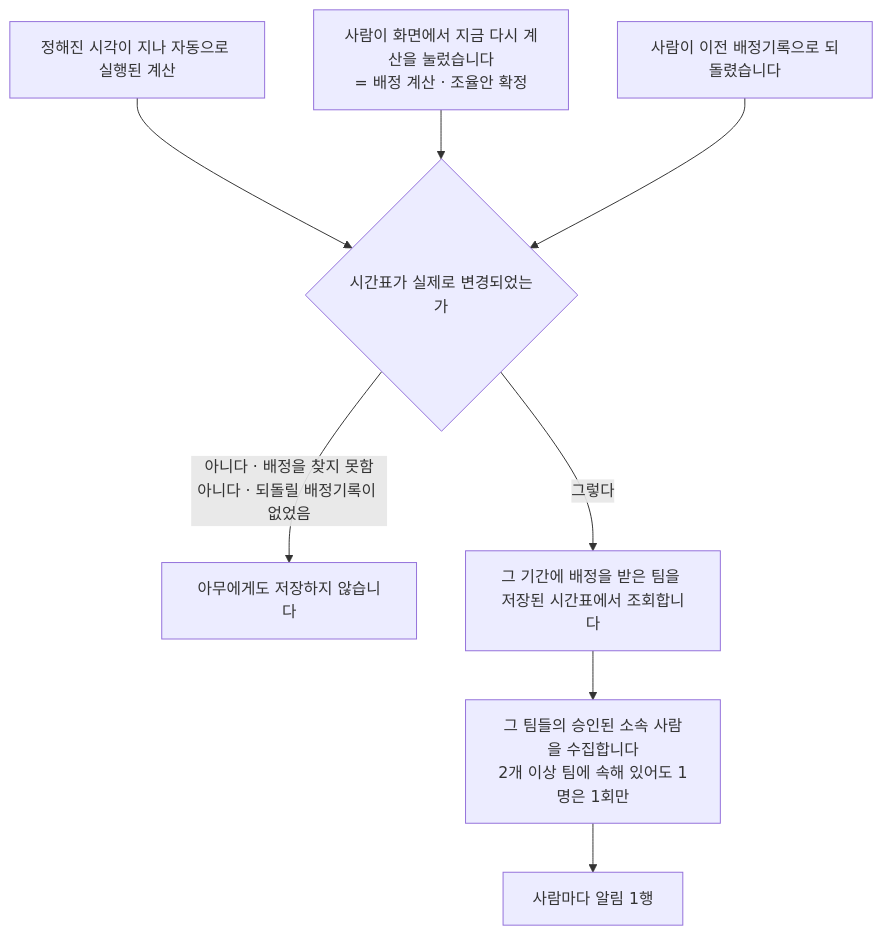
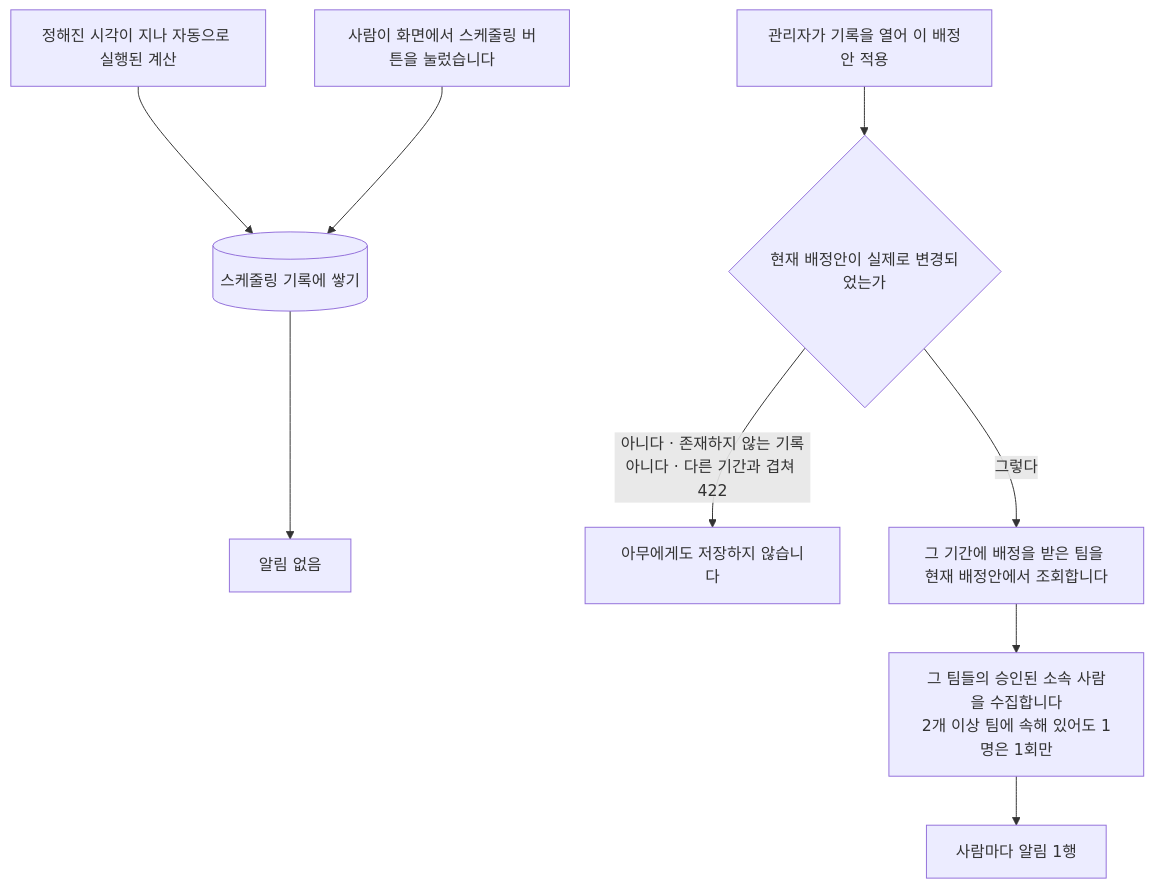
Before and after one commit to minkong-dev/Banblit: the third of 3 diagrams in .cluedoc/auto-assignment/auto-assignment.md, drawn with Mermaid. The commit also changed other lines of this file and 40 other files, not shown here.

````diff
--- a/.cluedoc/auto-assignment/auto-assignment.md
+++ b/.cluedoc/auto-assignment/auto-assignment.md
@@ -245,11 +258,11 @@
 ```mermaid
 flowchart TD
-    A[정해진 시각이 지나 자동으로 실행된 계산] --> S
-    B[사람이 화면에서 지금 다시 계산을 눌렀습니다<br/>= 배정 계산 · 조율안 확정] --> S
-    C[사람이 이전 배정기록으로 되돌렸습니다] --> S
-    S{시간표가 실제로 변경되었는가}
-    S -->|아니다 · 배정을 찾지 못함<br/>아니다 · 되돌릴 배정기록이 없었음| N[아무에게도 저장하지 않습니다]
-    S -->|그렇다| M[그 기간에 배정을 받은 팀을 저장된 시간표에서 조회합니다]
+    A[정해진 시각이 지나 자동으로 실행된 계산] --> R[(스케줄링 기록에 쌓기)]
+    B[사람이 화면에서 스케줄링 버튼을 눌렀습니다] --> R
+    R --> N[알림 없음]
+    C[관리자가 기록을 열어 이 배정안 적용] --> S{현재 배정안이 실제로 변경되었는가}
+    S -->|아니다 · 존재하지 않는 기록<br/>아니다 · 다른 기간과 겹쳐 422| N2[아무에게도 저장하지 않습니다]
+    S -->|그렇다| M[그 기간에 배정을 받은 팀을 현재 배정안에서 조회합니다]
     M --> P[그 팀들의 승인된 소속 사람을 수집합니다<br/>2개 이상 팀에 속해 있어도 1명은 1회만]
     P --> W[사람마다 알림 1행]
 ```
````
